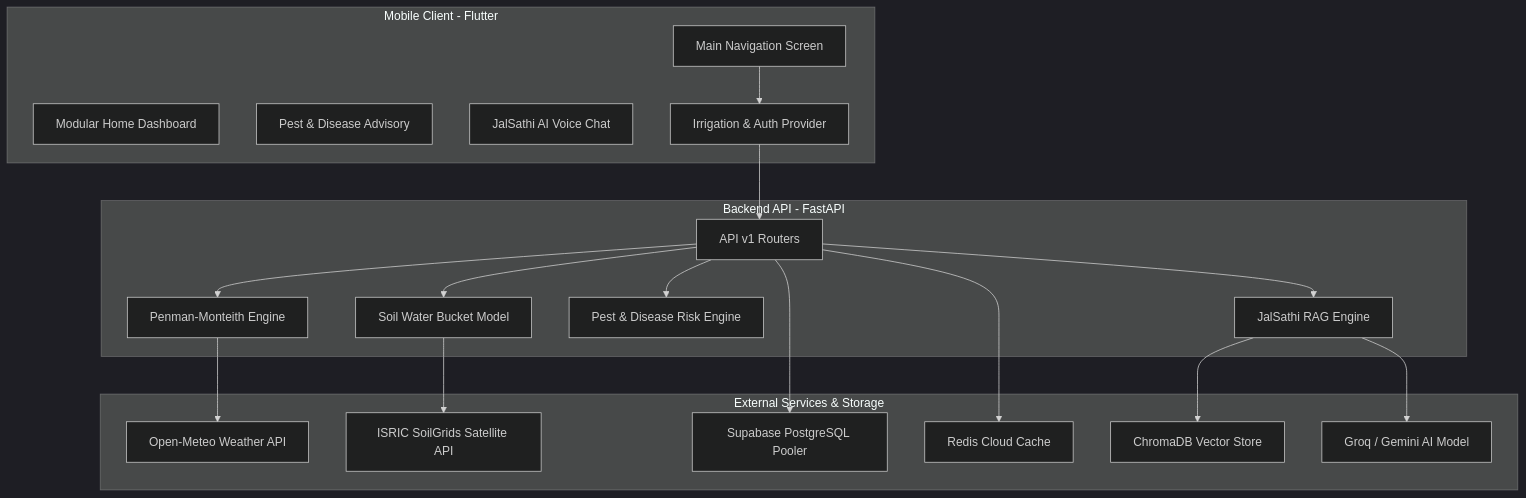
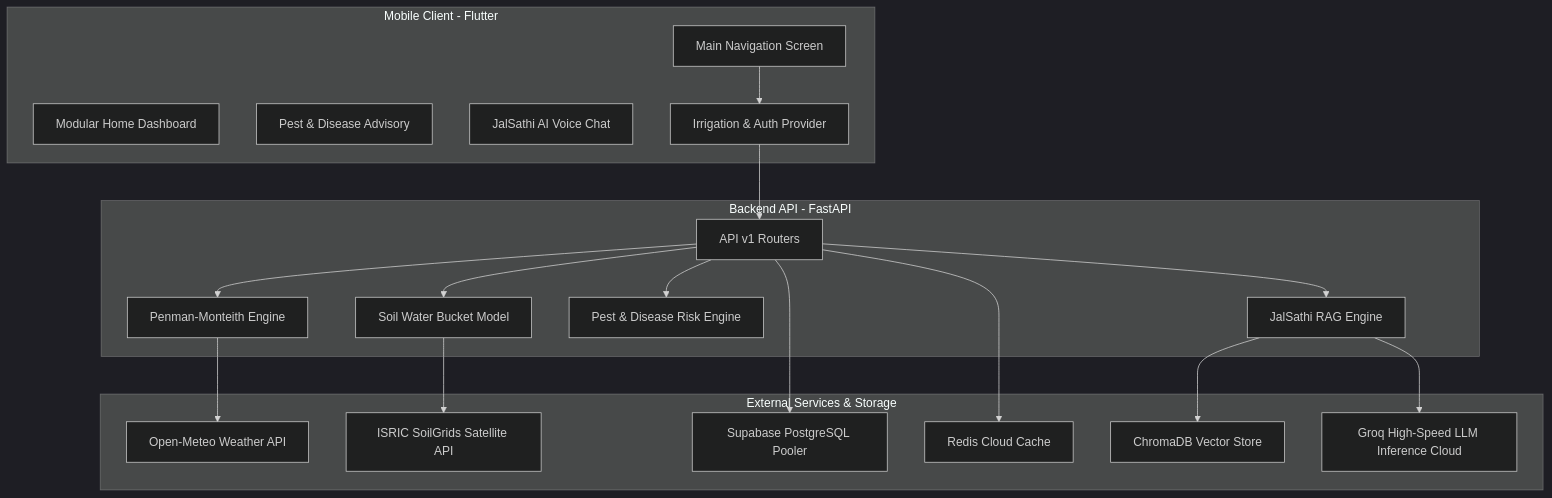
The diagram in README.md (arpanpramanik2003/JalDrishti-AI), drawn with Mermaid (dark theme) before and after one commit. The commit also changed other lines of this file and 13 other files, not shown here.

````diff
--- a/README.md
+++ b/README.md
@@ -58,41 +58,41 @@
 ```mermaid
 graph TD
     subgraph "Mobile Client - Flutter"
         UI["Main Navigation Screen"]
         Dash["Modular Home Dashboard"]
         PestUI["Pest & Disease Advisory"]
         AIUI["JalSathi AI Voice Chat"]
         State["Irrigation & Auth Provider"]
     end
 
     subgraph "Backend API - FastAPI"
         Router["API v1 Routers"]
         HydroEngine["Penman-Monteith Engine"]
         SoilModel["Soil Water Bucket Model"]
         PestEngine["Pest & Disease Risk Engine"]
         RAGEngine["JalSathi RAG Engine"]
     end
 
     subgraph "External Services & Storage"
         OM["Open-Meteo Weather API"]
         SG["ISRIC SoilGrids Satellite API"]
         DB["Supabase PostgreSQL Pooler"]
         Cache["Redis Cloud Cache"]
         Chroma["ChromaDB Vector Store"]
-        LLM["Groq / Gemini AI Model"]
+        LLM["Groq High-Speed LLM Inference Cloud"]
     end
 
     UI --> State
     State --> Router
     Router --> HydroEngine
     Router --> SoilModel
     Router --> PestEngine
     Router --> RAGEngine
 
     HydroEngine --> OM
     SoilModel --> SG
     RAGEngine --> Chroma
     RAGEngine --> LLM
     Router --> DB
     Router --> Cache
 ```
````
